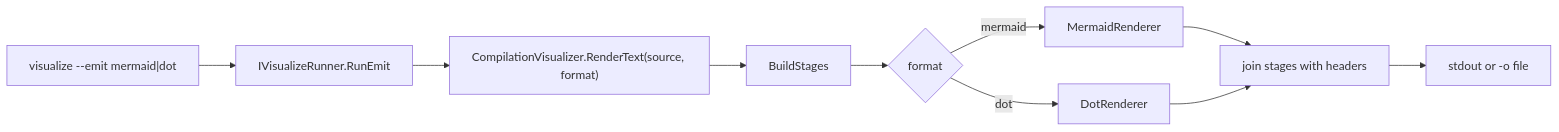
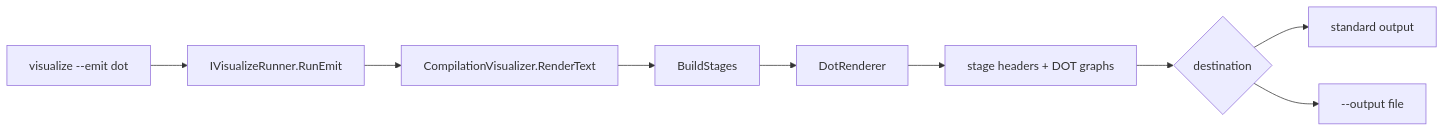
The diagram in docs/contributing/design-notes/Visualize CLI - Emit Mermaid and DOT.md (pengzhengyi/dialoguedown), drawn with Mermaid before and after one commit. The commit also changed other lines of this file and 11 other files, not shown here.

First line of the commit message:
docs(mermaid-preview): reconcile the implementation record

````diff
--- a/docs/contributing/design-notes/Visualize CLI - Emit Mermaid and DOT.md
+++ b/docs/contributing/design-notes/Visualize CLI - Emit Mermaid and DOT.md
@@ -74,12 +57,11 @@
 ```mermaid
 flowchart LR
-    cli["visualize --emit mermaid|dot"] --> runner["IVisualizeRunner.RunEmit"]
-    runner --> viz["CompilationVisualizer.RenderText(source, format)"]
+    cli["visualize --emit dot"] --> runner["IVisualizeRunner.RunEmit"]
+    runner --> viz["CompilationVisualizer.RenderText"]
     viz --> stages["BuildStages"]
-    stages --> r{"format"}
-    r -- mermaid --> mr["MermaidRenderer"]
-    r -- dot --> dr["DotRenderer"]
-    mr --> join["join stages with headers"]
-    dr --> join
-    join --> out["stdout or -o file"]
+    stages --> dot["DotRenderer"]
+    dot --> joined["stage headers + DOT graphs"]
+    joined --> target{"destination"}
+    target --> stdout["standard output"]
+    target --> file["--output file"]
 ```
````
